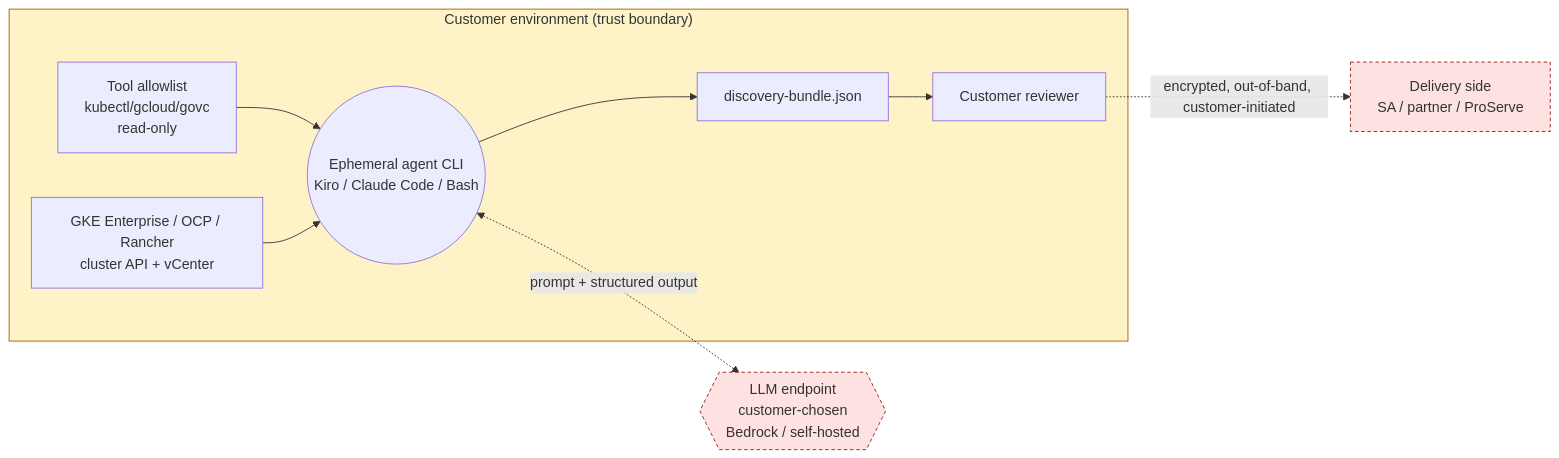
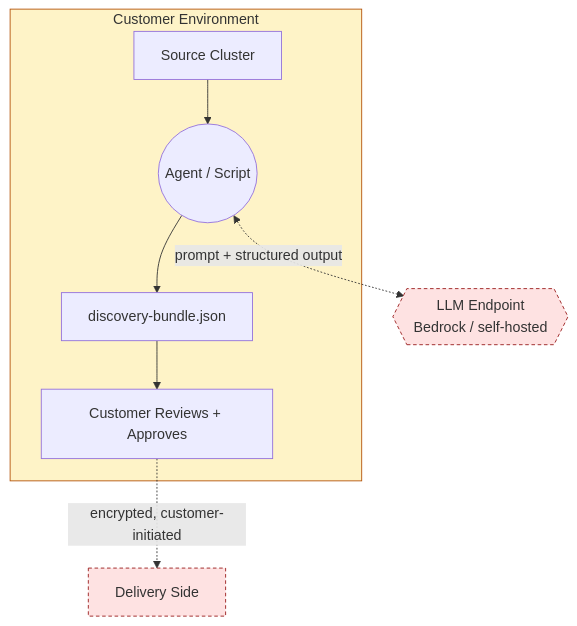
One commit to snese/agentic-container-migration-framework changed the third of 5 diagrams in docs/architecture/diagrams.md. Above: the diagram before and after it, drawn with Mermaid. The commit also changed other lines of this file, not shown here.

First line of the commit message:
docs(architecture): update diagrams to reflect 7 shipped source adapters

````diff
--- a/docs/architecture/diagrams.md
+++ b/docs/architecture/diagrams.md
@@ -93,26 +102,19 @@
 ```mermaid
-flowchart LR
-    subgraph CUST["Customer environment (trust boundary)"]
-        K[GKE Enterprise / OCP / Rancher<br/>cluster API + vCenter]
-        TA[Tool allowlist<br/>kubectl/gcloud/govc<br/>read-only]
-        AG((Ephemeral agent CLI<br/>Kiro / Claude Code / Bash))
-        BUN[discovery-bundle.json]
-        H[Customer reviewer]
-
-        TA --> AG
-        K --> AG
-        AG --> BUN
-        BUN --> H
+flowchart TB
+    subgraph CUST["Customer Environment"]
+        K[Source Cluster] --> AG((Agent / Script))
+        AG --> BUN[discovery-bundle.json]
+        BUN --> H[Customer Reviews + Approves]
     end
 
-    LLM{{LLM endpoint<br/>customer-chosen<br/>Bedrock / self-hosted}}
+    LLM{{LLM Endpoint<br/>Bedrock / self-hosted}}
     AG <-.prompt + structured output.-> LLM
 
-    DEL[Delivery side<br/>SA / partner / ProServe]
-    H -.encrypted, out-of-band, customer-initiated.-> DEL
+    DEL[Delivery Side]
+    H -.encrypted, customer-initiated.-> DEL
 
     classDef trust fill:#fef3c7,stroke:#b45309;
     classDef ext fill:#fee2e2,stroke:#991b1b,stroke-dasharray:4 3;
     class CUST trust;
     class LLM,DEL ext;
 ```
````
